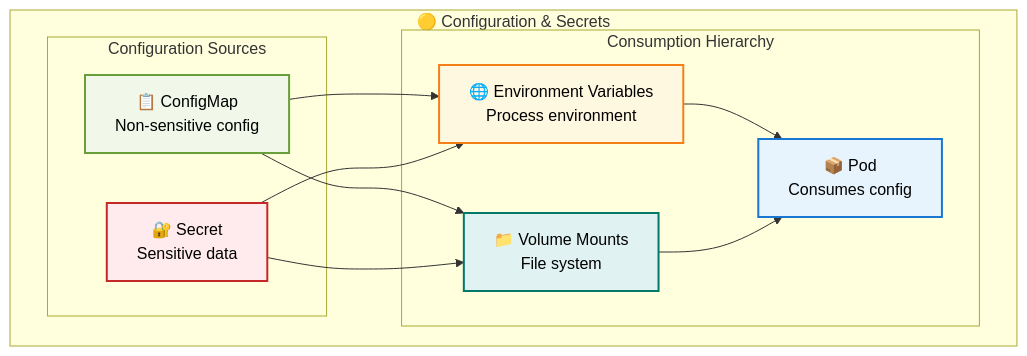
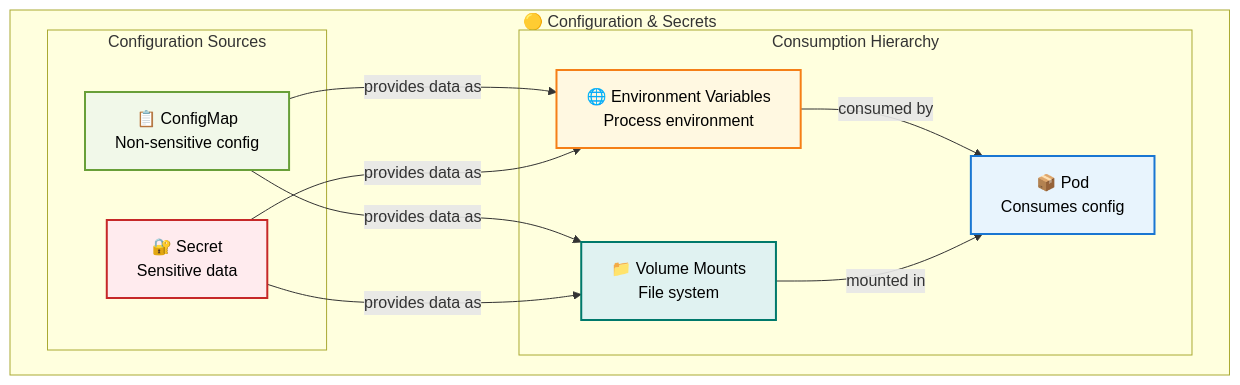
The fifth of 8 diagrams in 1.4_distributed_systems/kubernetes_developer_guide.md (razkevich/system_design_course), drawn with Mermaid before and after one commit. The commit also changed other lines of this file, not shown here.

````diff
--- a/1.4_distributed_systems/kubernetes_developer_guide.md
+++ b/1.4_distributed_systems/kubernetes_developer_guide.md
@@ -174,29 +174,29 @@
 ```mermaid
 flowchart TD
     subgraph "🟡 Configuration & Secrets"
         
         subgraph "Configuration Sources"
             ConfigMap["📋 ConfigMap<br/>Non-sensitive config"]
             Secret["🔐 Secret<br/>Sensitive data"]
         end
         
         subgraph "Consumption Hierarchy"
             EnvVar["🌐 Environment Variables<br/>Process environment"]
             VolumeMount["📁 Volume Mounts<br/>File system"]
             ConfigPod["📦 Pod<br/>Consumes config"]
             
-            ConfigMap --> EnvVar
-            ConfigMap --> VolumeMount
-            Secret --> EnvVar
-            Secret --> VolumeMount
-            EnvVar --> ConfigPod
-            VolumeMount --> ConfigPod
+            ConfigMap -->|"provides data as"| EnvVar
+            ConfigMap -->|"provides data as"| VolumeMount
+            Secret -->|"provides data as"| EnvVar
+            Secret -->|"provides data as"| VolumeMount
+            EnvVar -->|"consumed by"| ConfigPod
+            VolumeMount -->|"mounted in"| ConfigPod
         end
     end
     
     style ConfigPod fill:#e8f4fd,stroke:#1976d2,stroke-width:2px,color:#000
     style ConfigMap fill:#f1f8e9,stroke:#689f38,stroke-width:2px,color:#000
     style Secret fill:#ffebee,stroke:#c62828,stroke-width:2px,color:#000
     style EnvVar fill:#fff8e1,stroke:#f57f17,stroke-width:2px,color:#000
     style VolumeMount fill:#e0f2f1,stroke:#00796b,stroke-width:2px,color:#000
 ```
````
